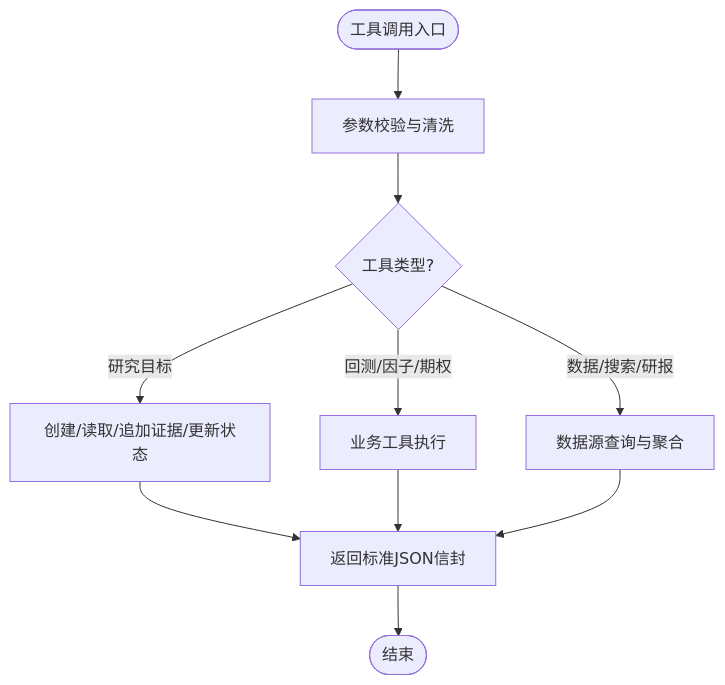
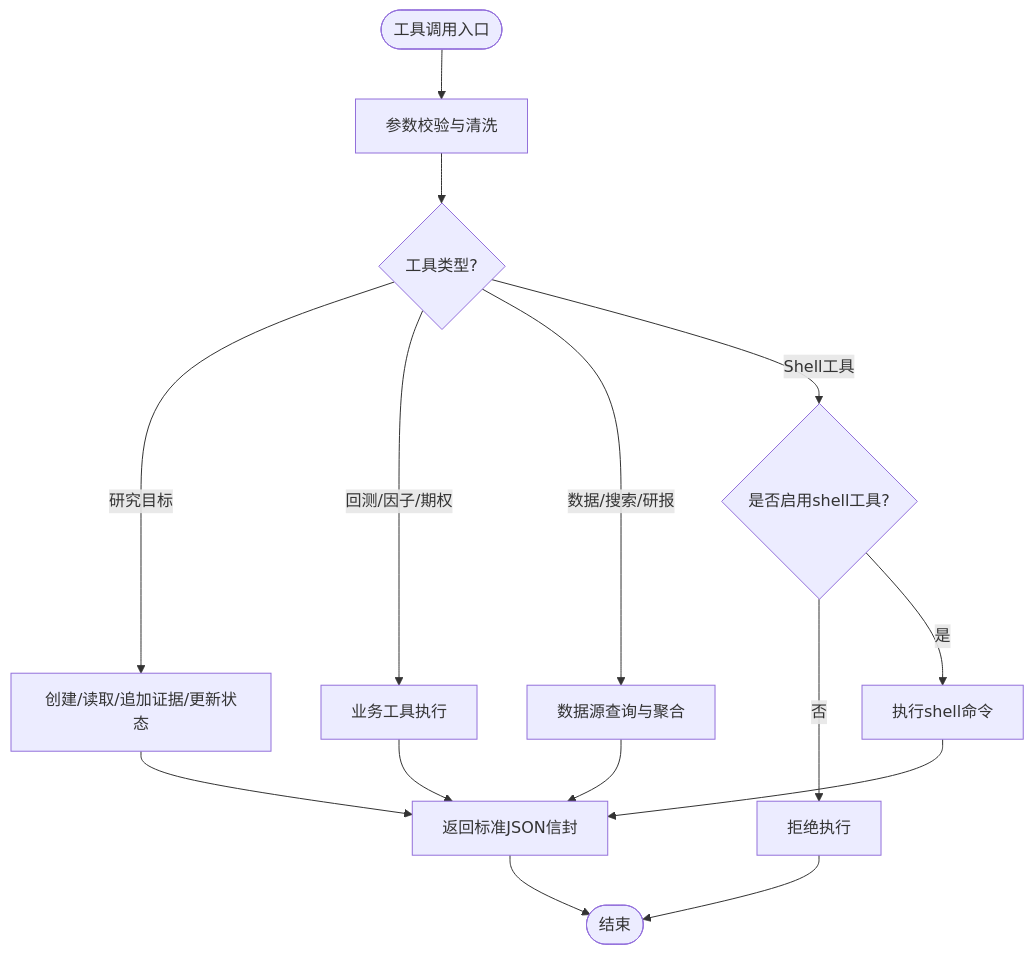
One commit to 20012002er/Vibe-Trading changed the third of 6 diagrams in .qoder/repowiki/zh/content/API参考/MCP协议.md. Above: the diagram before and after it, drawn with Mermaid. The commit also changed other lines of this file and 67 other files, not shown here.

````diff
--- a/.qoder/repowiki/zh/content/API参考/MCP协议.md
+++ b/.qoder/repowiki/zh/content/API参考/MCP协议.md
@@ -125,12 +143,17 @@
 ```mermaid
 flowchart TD
 Start(["工具调用入口"]) --> Validate["参数校验与清洗"]
 Validate --> Type{"工具类型?"}
 Type --> |研究目标| GoalOps["创建/读取/追加证据/更新状态"]
 Type --> |回测/因子/期权| BizOps["业务工具执行"]
 Type --> |数据/搜索/研报| DataOps["数据源查询与聚合"]
+Type --> |Shell工具| ShellCheck{"是否启用shell工具?"}
+ShellCheck --> |否| Deny["拒绝执行"]
+ShellCheck --> |是| Exec["执行shell命令"]
 GoalOps --> Envelope["返回标准JSON信封"]
 BizOps --> Envelope
 DataOps --> Envelope
-Envelope --> End(["结束"])
+Exec --> Envelope
+Deny --> End(["结束"])
+Envelope --> End
 ```
````
